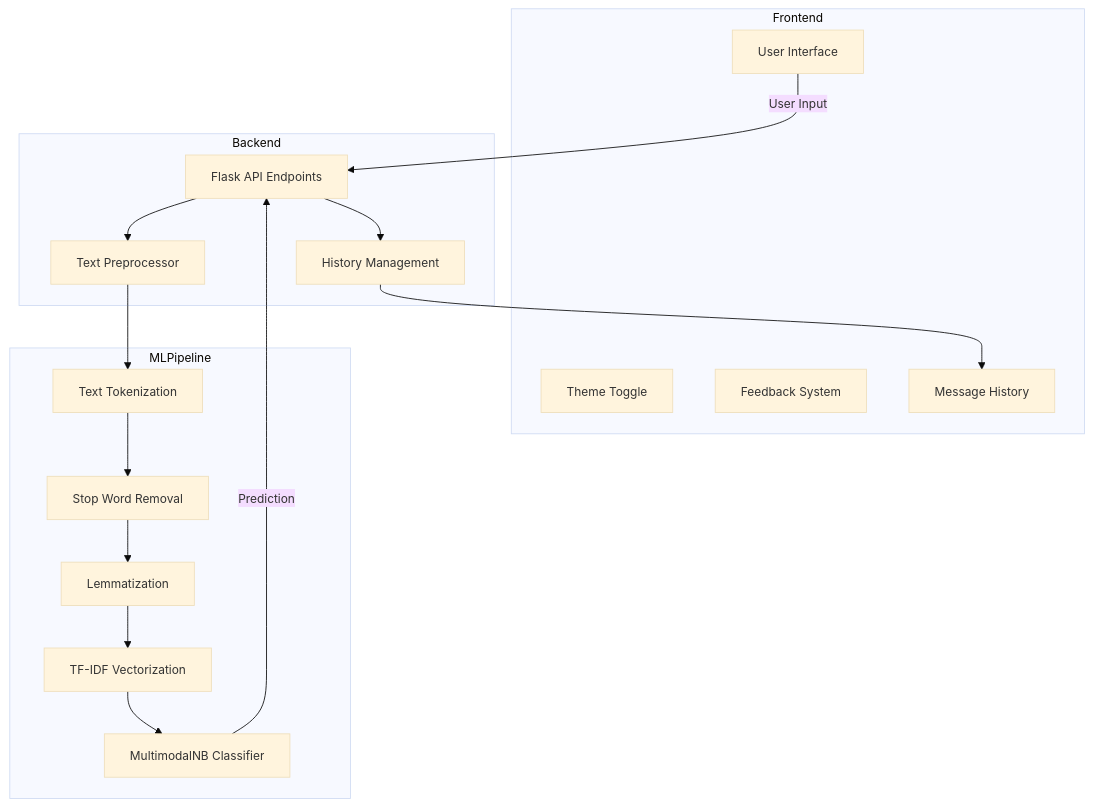
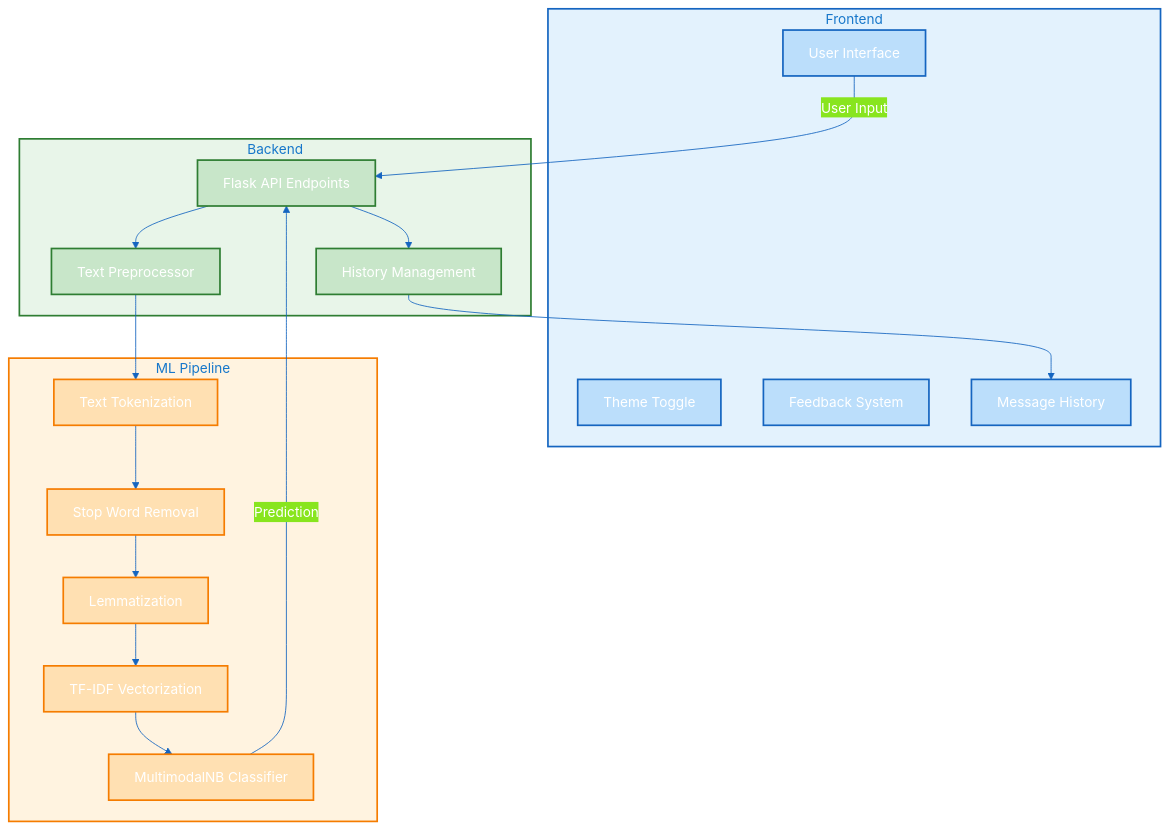
Before and after one commit to ogshivam/spambae: the first of 3 diagrams in README.md, drawn with Mermaid. The commit also changed other lines of this file, not shown here.

Commit message:
style: enhance Mermaid diagrams visibility
- Changed font to Courier New with larger size
- Added bold font weight for better readability
- Improved color scheme with better contrast
- Added proper styling for sequence diagram actors

````diff
--- a/README.md
+++ b/README.md
@@ -72,35 +72,50 @@
 ```mermaid
-%%{init: {'theme': 'base', 'themeVariables': { 'fontFamily': 'Arial', 'fontSize': '14px'}}}%%
+%%{init: {'theme': 'base', 'themeVariables': { 'fontFamily': 'Courier New', 'fontSize': '16px', 'fontWeight': 'bold', 'primaryColor': '#1e88e5', 'primaryTextColor': '#ffffff', 'primaryBorderColor': '#1565c0', 'lineColor': '#1565c0', 'textColor': '#212121'}}}%%
 graph TB
-    subgraph Frontend
+    subgraph Frontend[Frontend]
+        style Frontend fill:#e3f2fd,stroke:#1565c0,stroke-width:2px
         UI[User Interface]
         ThemeToggle[Theme Toggle]
         Feedback[Feedback System]
         History[Message History]
+        style UI fill:#bbdefb,stroke:#1565c0,stroke-width:2px
+        style ThemeToggle fill:#bbdefb,stroke:#1565c0,stroke-width:2px
+        style Feedback fill:#bbdefb,stroke:#1565c0,stroke-width:2px
+        style History fill:#bbdefb,stroke:#1565c0,stroke-width:2px
     end
 
-    subgraph Backend
+    subgraph Backend[Backend]
+        style Backend fill:#e8f5e9,stroke:#2e7d32,stroke-width:2px
         API[Flask API Endpoints]
         Preprocessor[Text Preprocessor]
         HistoryManager[History Management]
+        style API fill:#c8e6c9,stroke:#2e7d32,stroke-width:2px
+        style Preprocessor fill:#c8e6c9,stroke:#2e7d32,stroke-width:2px
+        style HistoryManager fill:#c8e6c9,stroke:#2e7d32,stroke-width:2px
     end
 
-    subgraph MLPipeline
+    subgraph MLPipeline[ML Pipeline]
+        style MLPipeline fill:#fff3e0,stroke:#f57c00,stroke-width:2px
         Tokenization[Text Tokenization]
         StopWordRemoval[Stop Word Removal]
         Lemmatization[Lemmatization]
         Vectorization[TF-IDF Vectorization]
         Classifier[MultimodalNB Classifier]
+        style Tokenization fill:#ffe0b2,stroke:#f57c00,stroke-width:2px
+        style StopWordRemoval fill:#ffe0b2,stroke:#f57c00,stroke-width:2px
+        style Lemmatization fill:#ffe0b2,stroke:#f57c00,stroke-width:2px
+        style Vectorization fill:#ffe0b2,stroke:#f57c00,stroke-width:2px
+        style Classifier fill:#ffe0b2,stroke:#f57c00,stroke-width:2px
     end
 
     UI --> |User Input| API
     API --> Preprocessor
     Preprocessor --> Tokenization
     Tokenization --> StopWordRemoval
     StopWordRemoval --> Lemmatization
     Lemmatization --> Vectorization
     Vectorization --> Classifier
     Classifier --> |Prediction| API
     API --> HistoryManager
     HistoryManager --> History
 ```
````
